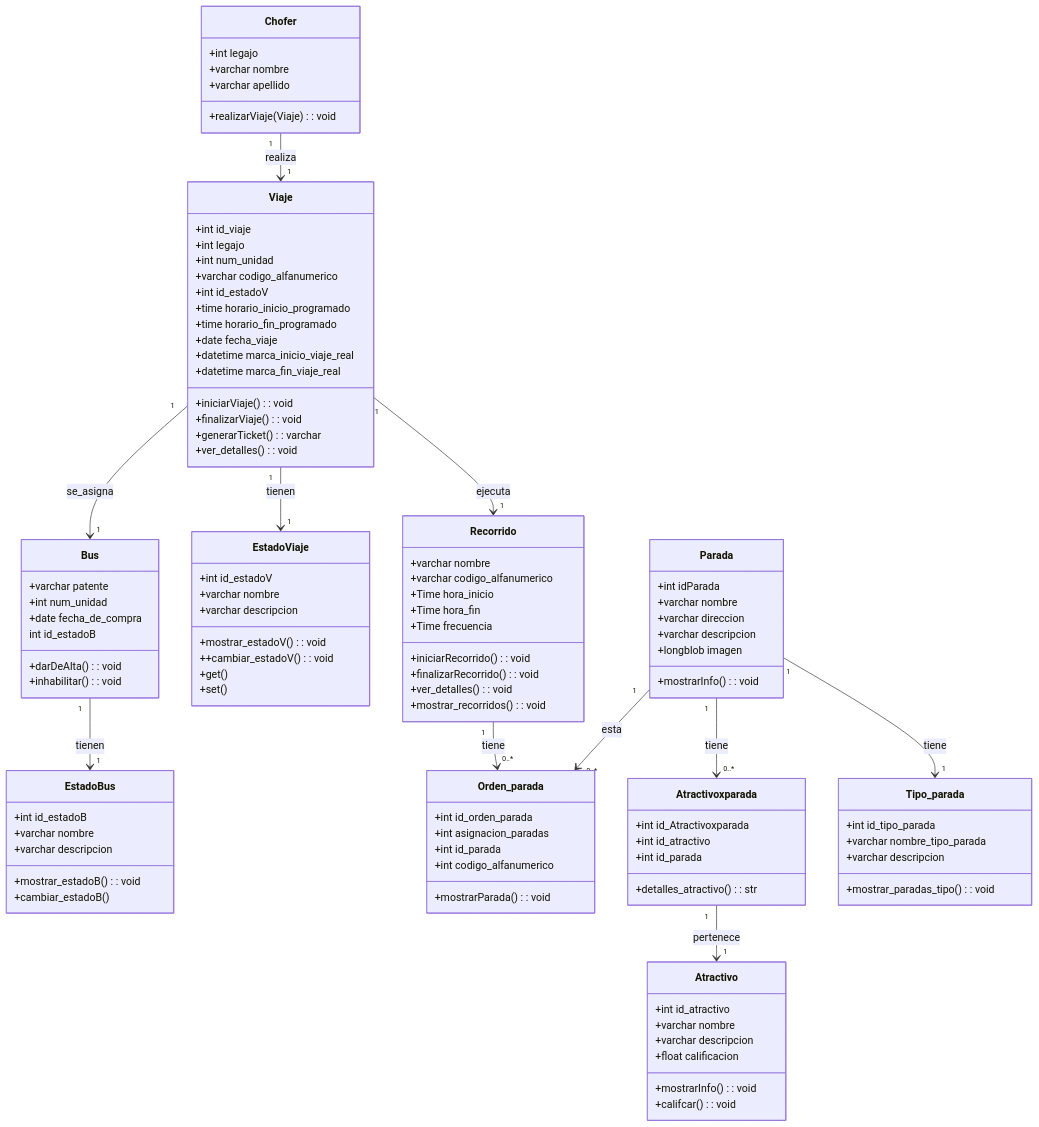
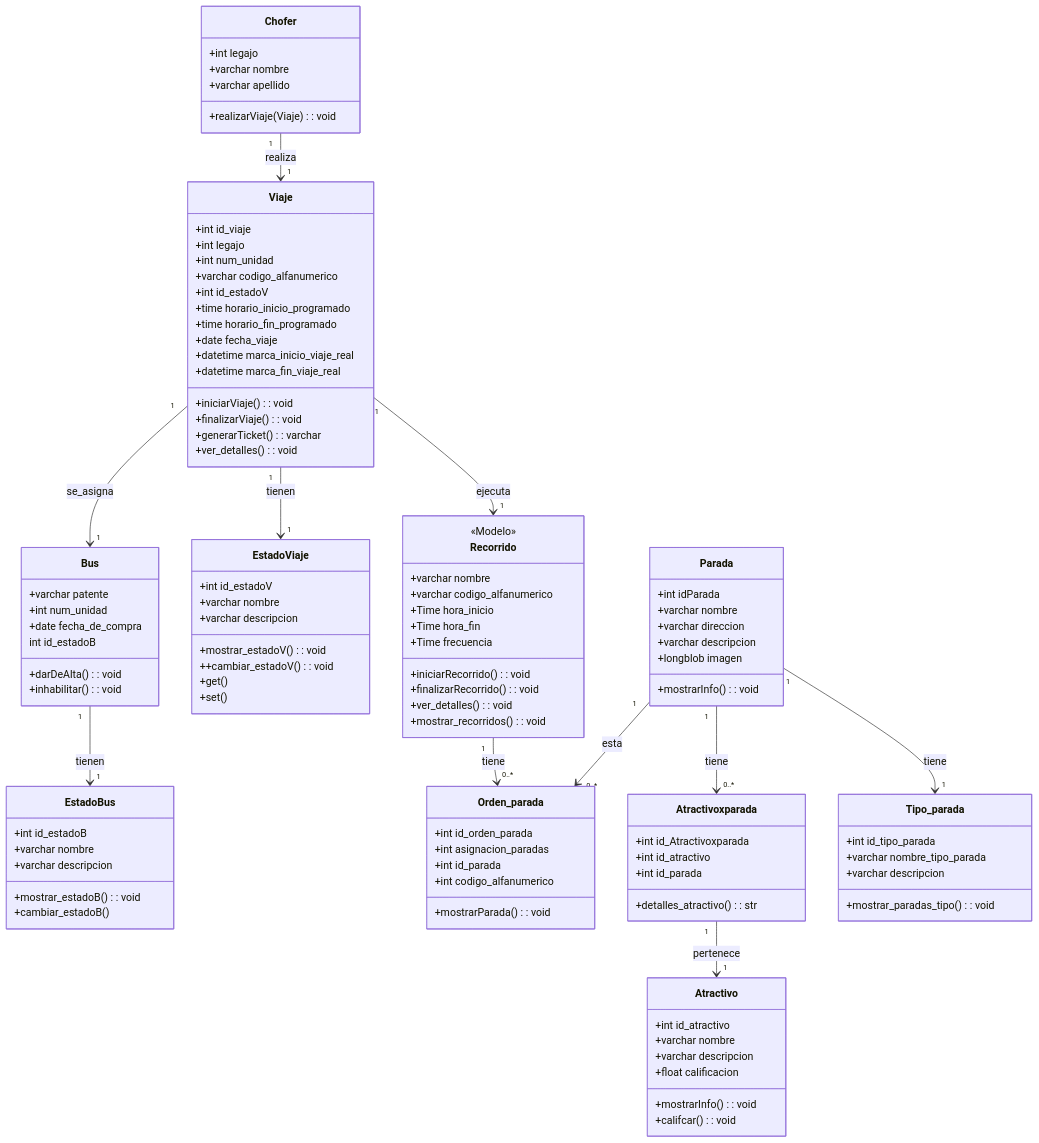
One commit to Villada-PG3/tp-integrador-busturistico changed the second of 2 diagrams in README.md. Above: the diagram before and after it, drawn with Mermaid.

Commit message:
actualizando  README.md

```diff
--- a/README.md
+++ b/README.md
@@ -238,6 +238,7 @@
     Viaje "1" --> "1" Recorrido : ejecuta
     
     class Recorrido {
+    <<Modelo>>
         +varchar nombre
         +varchar codigo_alfanumerico
         +Time hora_inicio
```
